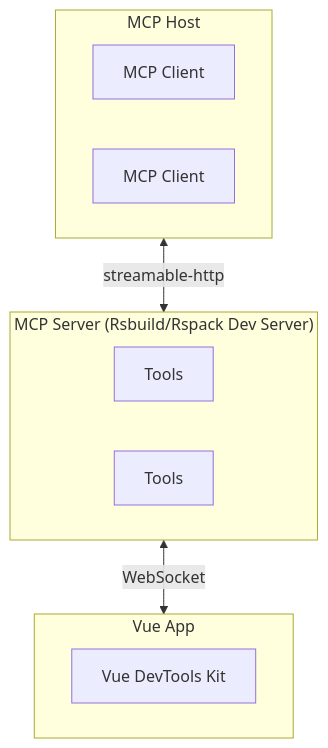
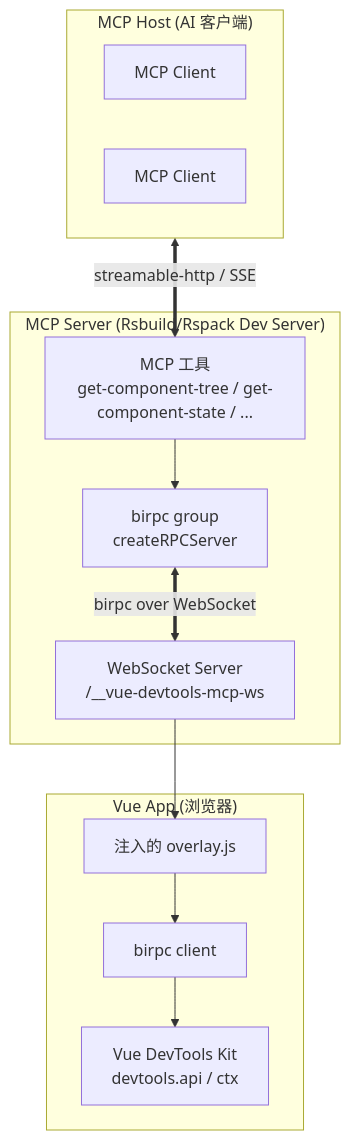
The diagram in README_zh.md (BrightX/rsbuild-plugin-vue-mcp), drawn with Mermaid before and after one commit. The commit also changed other lines of this file and 2 other files, not shown here.

````diff
--- a/README_zh.md
+++ b/README_zh.md
@@ -93,19 +151,24 @@
 ```mermaid
 graph TD
-    subgraph A["MCP Host"]
+    subgraph A["MCP Host (AI 客户端)"]
         A1[MCP Client]
         A2[MCP Client]
     end
 
     subgraph B["MCP Server (Rsbuild/Rspack Dev Server)"]
-        B1[Tools]
-        B2[Tools]
+        B1[MCP 工具<br/>get-component-tree / get-component-state / ...]
+        B2[birpc group<br/>createRPCServer]
+        B3[WebSocket Server<br/>/__vue-devtools-mcp-ws]
     end
 
-    subgraph C["Vue App"]
-        C1[Vue DevTools Kit]
+    subgraph C["Vue App (浏览器)"]
+        C1[注入的 overlay.js]
+        C2[birpc client]
+        C3[Vue DevTools Kit<br/>devtools.api / ctx]
     end
 
-    A <-- " streamable-http " --> B
-    B <-- " WebSocket " --> C
+    A <== " streamable-http / SSE " ==> B1
+    B1 --> B2
+    B2 <== " birpc over WebSocket " ==> B3
+    B3 --> C1 --> C2 --> C3
 ```
````
